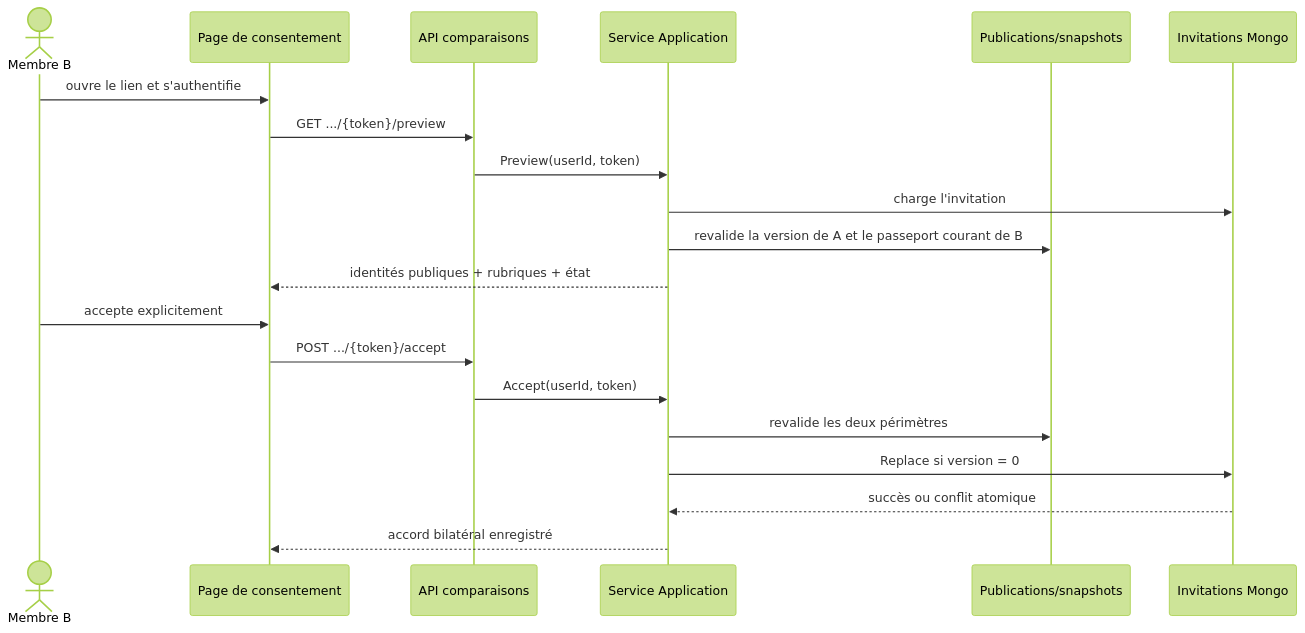
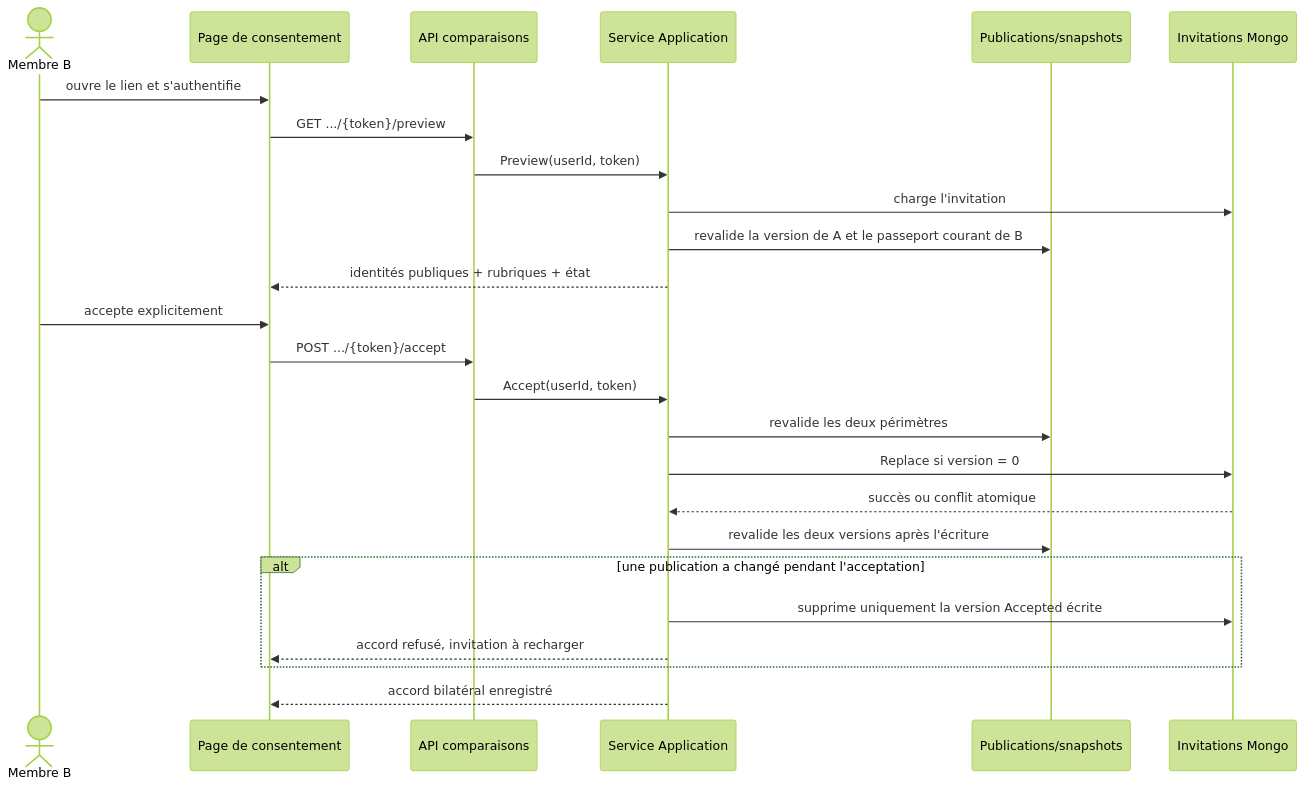
Before and after one commit to Ced59/AmusementParkProject: the second of 2 diagrams in docs/architecture/product-growth-share-11-bilateral-comparison-consent-2026-09-13.md, drawn with Mermaid (forest theme). The commit also changed other lines of this file and 9 other files, not shown here.

````diff
--- a/docs/architecture/product-growth-share-11-bilateral-comparison-consent-2026-09-13.md
+++ b/docs/architecture/product-growth-share-11-bilateral-comparison-consent-2026-09-13.md
@@ -120,23 +120,28 @@
 ```mermaid
 sequenceDiagram
     actor B as Membre B
     participant UI as Page de consentement
     participant API as API comparaisons
     participant APP as Service Application
     participant PUB as Publications/snapshots
     participant INV as Invitations Mongo
 
     B->>UI: ouvre le lien et s'authentifie
     UI->>API: GET .../{token}/preview
     API->>APP: Preview(userId, token)
     APP->>INV: charge l'invitation
     APP->>PUB: revalide la version de A et le passeport courant de B
     APP-->>UI: identités publiques + rubriques + état
     B->>UI: accepte explicitement
     UI->>API: POST .../{token}/accept
     API->>APP: Accept(userId, token)
     APP->>PUB: revalide les deux périmètres
     APP->>INV: Replace si version = 0
     INV-->>APP: succès ou conflit atomique
+    APP->>PUB: revalide les deux versions après l'écriture
+    alt une publication a changé pendant l'acceptation
+        APP->>INV: supprime uniquement la version Accepted écrite
+        APP-->>UI: accord refusé, invitation à recharger
+    end
     APP-->>UI: accord bilatéral enregistré
 ```
````
